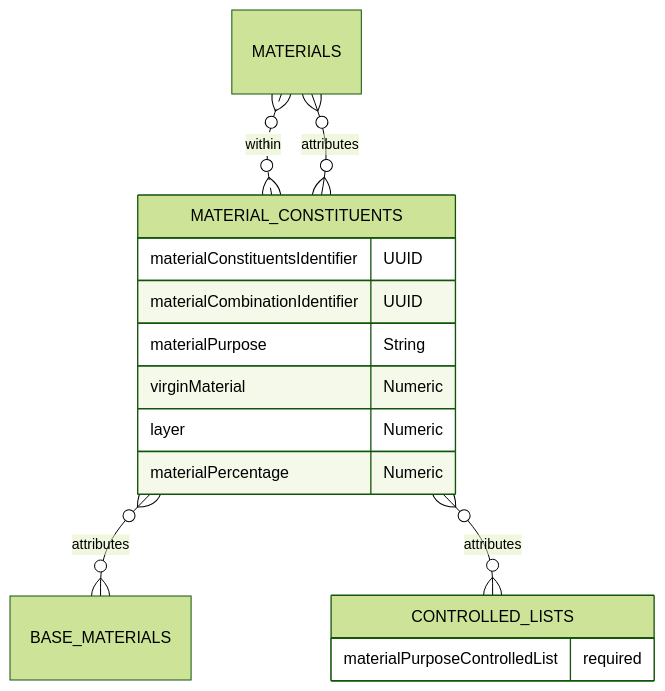
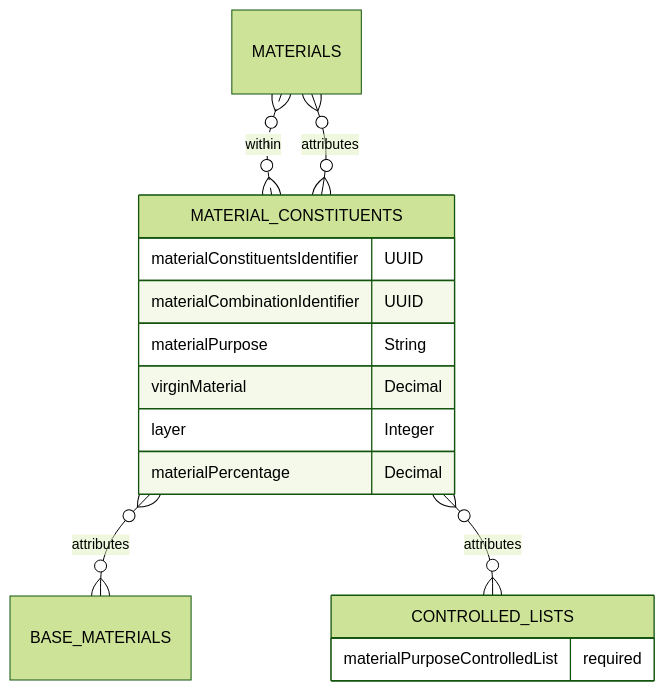
Before and after one commit to OpenDataManchester/Open3P: the diagram in docs/6_Relationship_Lists/6_001_Material_Constituents.md, drawn with Mermaid (forest theme). The commit also changed other lines of this file, not shown here.

Commit message:
Changed Numeric format in Material Constituents

````diff
--- a/docs/6_Relationship_Lists/6_001_Material_Constituents.md
+++ b/docs/6_Relationship_Lists/6_001_Material_Constituents.md
@@ -22,19 +22,19 @@
 ``` mermaid
 erDiagram
 
   MATERIALS }o..o{ MATERIAL_CONSTITUENTS : within
   MATERIAL_CONSTITUENTS {
     materialConstituentsIdentifier UUID
     materialCombinationIdentifier UUID
     materialPurpose String
-    virginMaterial Numeric
-    layer Numeric
-    materialPercentage Numeric
+    virginMaterial Decimal
+    layer Integer
+    materialPercentage Decimal
   }
   MATERIAL_CONSTITUENTS }o--o{ BASE_MATERIALS : attributes
   MATERIAL_CONSTITUENTS }o--o{ MATERIALS : attributes
   MATERIAL_CONSTITUENTS }o--o{ CONTROLLED_LISTS : attributes
   CONTROLLED_LISTS {
     materialPurposeControlledList required 
   }
 ```
````
